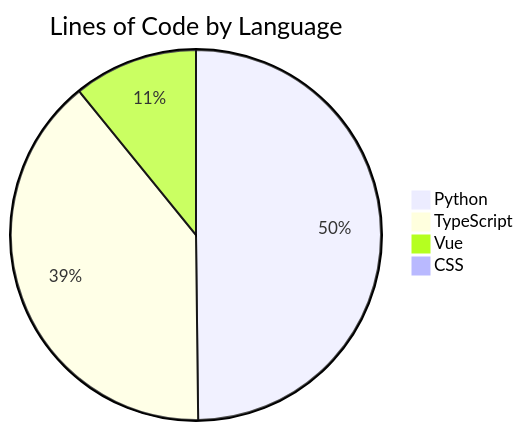
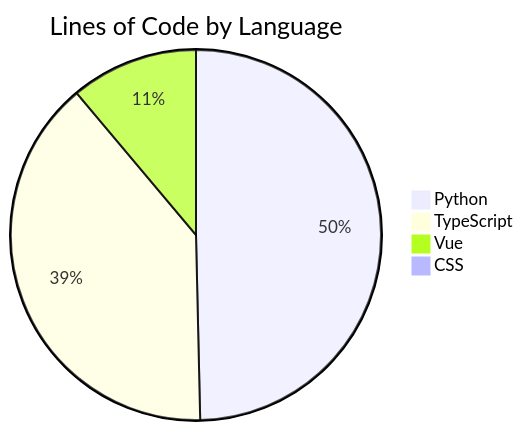
Before and after one commit to ISW-stack/AI3L-Community: the diagram in README.md, drawn with Mermaid. The commit also changed other lines of this file and 1 other file, not shown here.

````diff
--- a/README.md
+++ b/README.md
@@ -374,7 +374,7 @@
 ```mermaid
 pie title Lines of Code by Language
-    "Python" : 119898
-    "TypeScript" : 94651
-    "Vue" : 26146
+    "Python" : 120119
+    "TypeScript" : 94940
+    "Vue" : 26930
     "CSS" : 134
 ```
````
